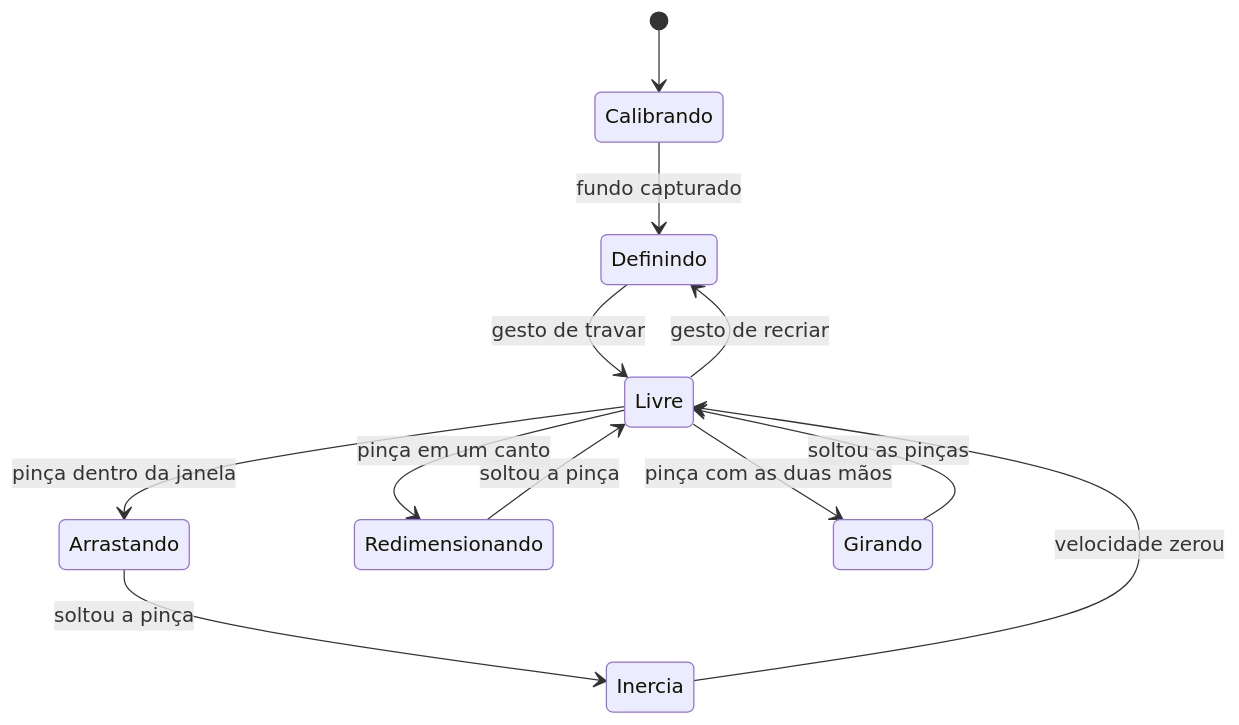
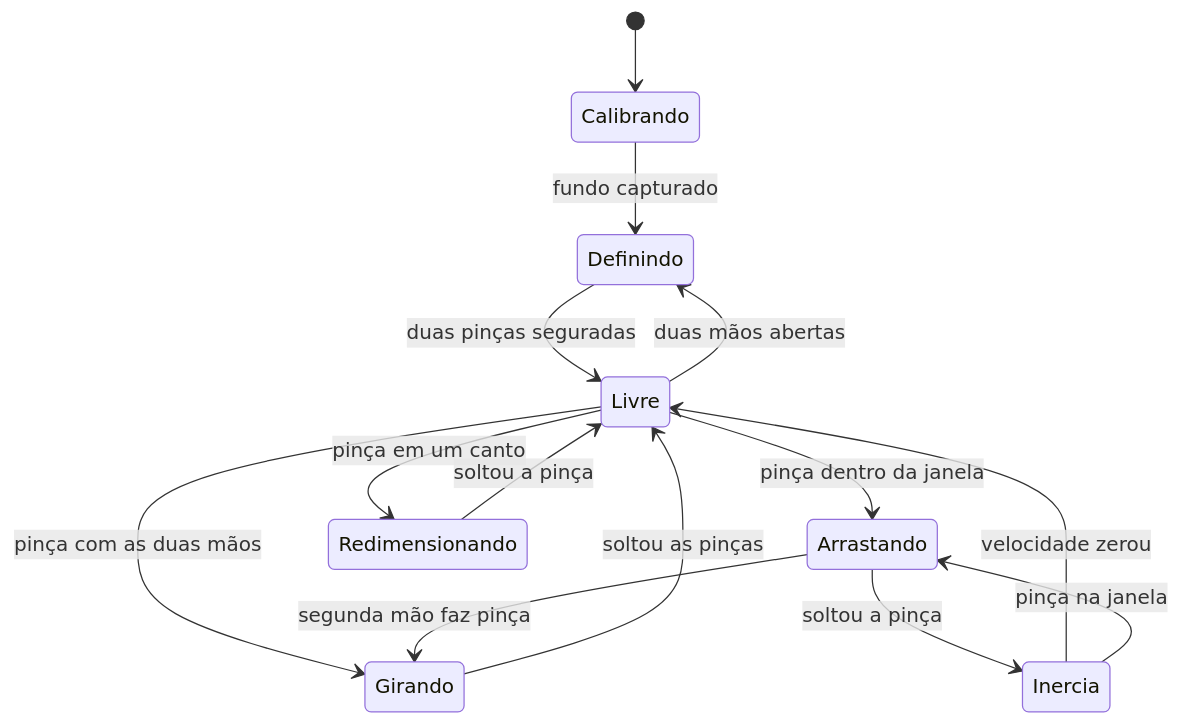
One commit to hPedro11/invisible-box changed the second of 2 diagrams in README.md. Above: the diagram before and after it, drawn with Mermaid. The commit also changed other lines of this file and 17 other files, not shown here.

````diff
--- a/README.md
+++ b/README.md
@@ -76,14 +76,16 @@
 ```mermaid
 stateDiagram-v2
     [*] --> Calibrando
     Calibrando --> Definindo: fundo capturado
-    Definindo --> Livre: gesto de travar
+    Definindo --> Livre: duas pinças seguradas
     Livre --> Arrastando: pinça dentro da janela
     Livre --> Redimensionando: pinça em um canto
     Livre --> Girando: pinça com as duas mãos
+    Arrastando --> Girando: segunda mão faz pinça
     Arrastando --> Inercia: soltou a pinça
     Redimensionando --> Livre: soltou a pinça
     Girando --> Livre: soltou as pinças
     Inercia --> Livre: velocidade zerou
-    Livre --> Definindo: gesto de recriar
+    Inercia --> Arrastando: pinça na janela
+    Livre --> Definindo: duas mãos abertas
 ```
````
